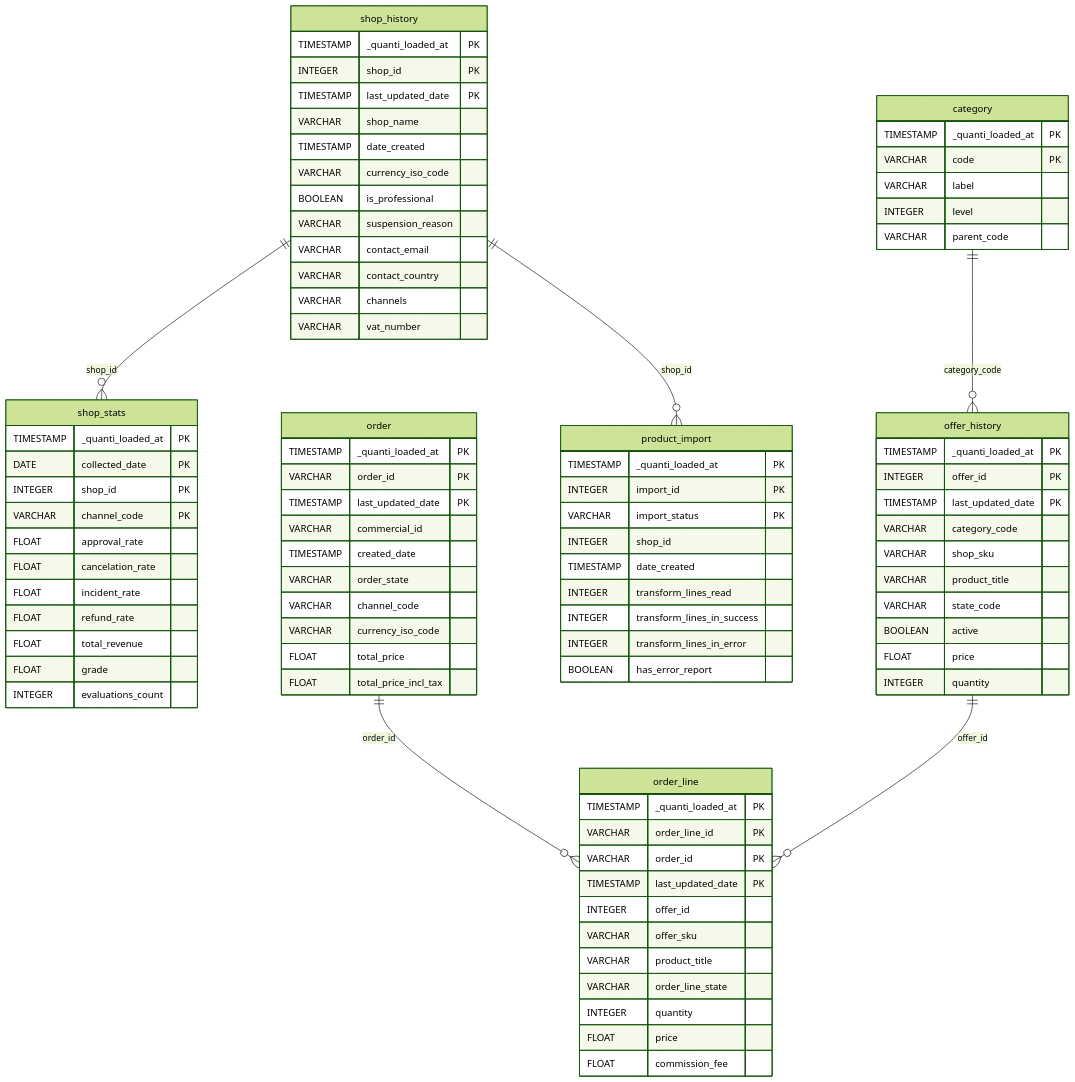
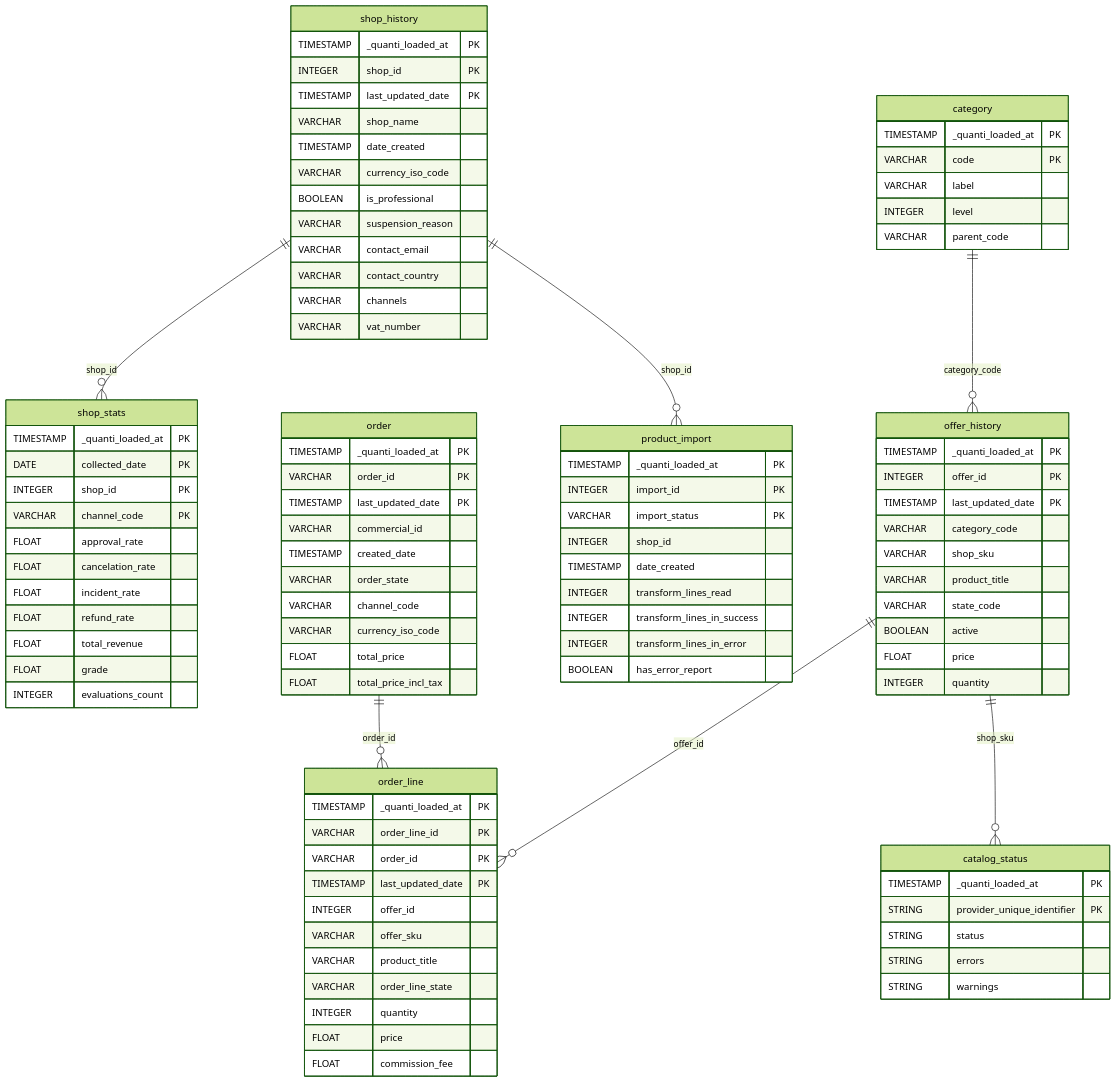
One commit to quanti-data-mkt/documentation changed the diagram in connectors/sales-analytics-connectors/mirakl-seller.md. Above: the diagram before and after it, drawn with Mermaid (forest theme). The commit also changed other lines of this file and 1 other file, not shown here.

Commit message:
docs(mirakl): add catalog_status prebuild + rename to Mirakl Seller
- Renamed connector: 'Mirakl Marketplace Platform — Seller' → 'Mirakl Seller'
- Added catalog_status table (MCM publication status: LIVE/NOT_LIVE, errors, warnings)
- Updated Mermaid ERD with catalog_status + relation offer_history → catalog_status via shop_sku
- Added catalog_status MCM note in Notes section

````diff
--- a/connectors/sales-analytics-connectors/mirakl-seller.md
+++ b/connectors/sales-analytics-connectors/mirakl-seller.md
@@ -146,10 +147,18 @@
         INTEGER   transform_lines_in_error
         BOOLEAN   has_error_report
     }
+    catalog_status {
+        TIMESTAMP _quanti_loaded_at PK
+        STRING    provider_unique_identifier PK
+        STRING    status
+        STRING    errors
+        STRING    warnings
+    }
 
     shop_history   ||--o{ shop_stats      : "shop_id"
     shop_history   ||--o{ product_import  : "shop_id"
     order          ||--o{ order_line      : "order_id"
     offer_history  ||--o{ order_line      : "offer_id"
     category       ||--o{ offer_history   : "category_code"
+    offer_history  ||--o{ catalog_status  : "shop_sku"
 ```
````
